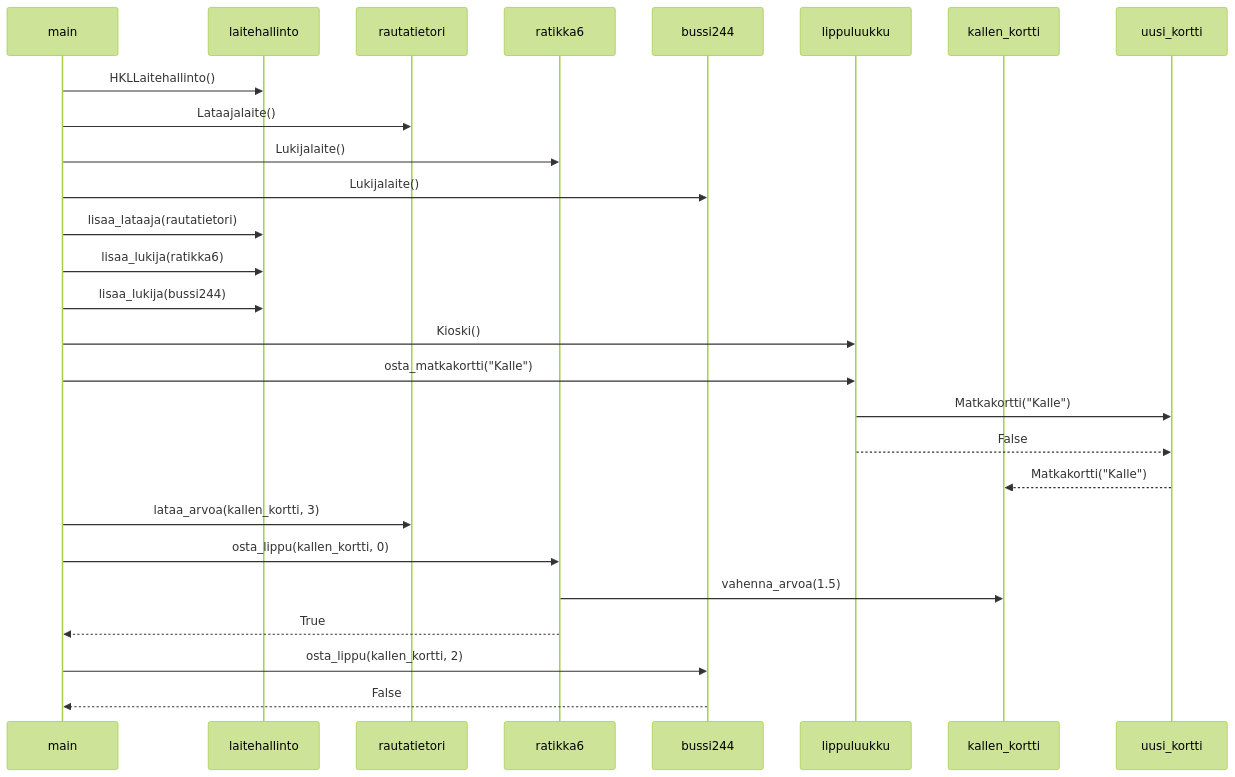
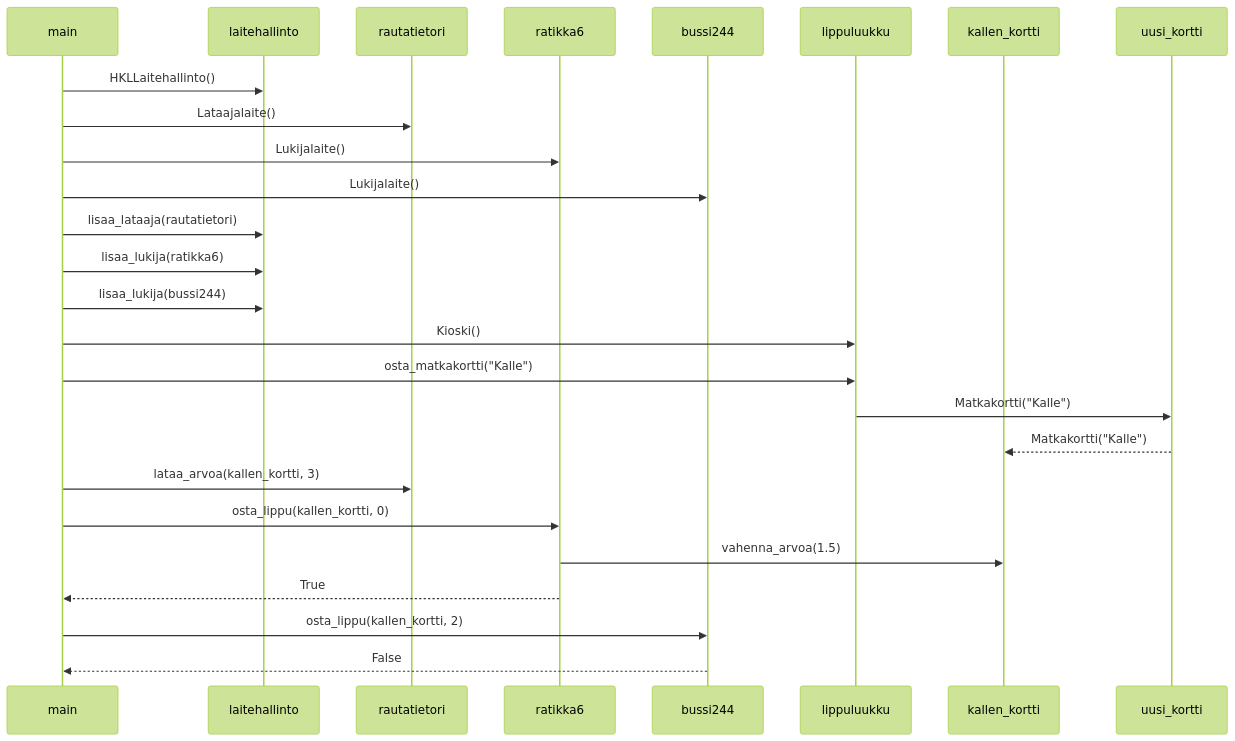
One commit to smannist/ot2023 changed the diagram in laskarit/viikko3/sekvenssikaavio2.md. Above: the diagram before and after it, drawn with Mermaid (forest theme). The commit also changed other lines of this file, not shown here.

Commit message:
Fix sekvenssikaavio2

````diff
--- a/laskarit/viikko3/sekvenssikaavio2.md
+++ b/laskarit/viikko3/sekvenssikaavio2.md
@@ -2,29 +1,28 @@
 ```mermaid
-sequenceDiagram 
+sequenceDiagram
   participant main
   participant laitehallinto
   participant rautatietori
   participant ratikka6
   participant bussi244
   participant lippuluukku
   participant kallen_kortti
   participant uusi_kortti
   main->>laitehallinto: HKLLaitehallinto()
   main->>rautatietori: Lataajalaite()
   main->>ratikka6: Lukijalaite()
   main->>bussi244: Lukijalaite()
   main->>laitehallinto: lisaa_lataaja(rautatietori)
   main->>laitehallinto: lisaa_lukija(ratikka6)
   main->>laitehallinto: lisaa_lukija(bussi244)
   main->>lippuluukku: Kioski()
   main->>lippuluukku: osta_matkakortti("Kalle")
   lippuluukku->>uusi_kortti: Matkakortti("Kalle")
-  lippuluukku-->>uusi_kortti: False
   uusi_kortti-->>kallen_kortti: Matkakortti("Kalle")
   main->>rautatietori: lataa_arvoa(kallen_kortti, 3)
   main->>ratikka6: osta_lippu(kallen_kortti, 0)
   ratikka6->>kallen_kortti: vahenna_arvoa(1.5)
   ratikka6-->>main: True
   main->>bussi244: osta_lippu(kallen_kortti, 2)
   bussi244-->>main: False
 ```
````
